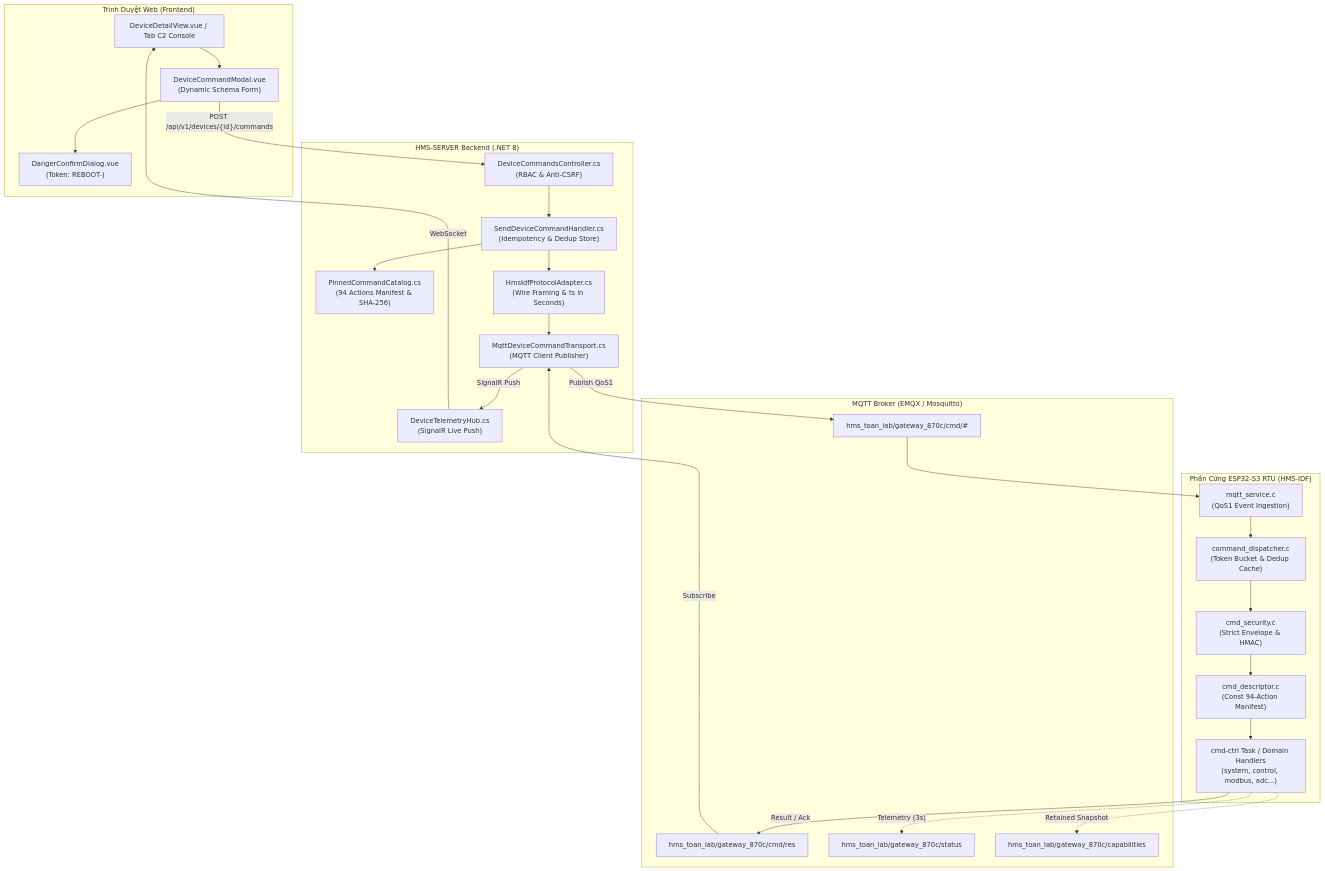
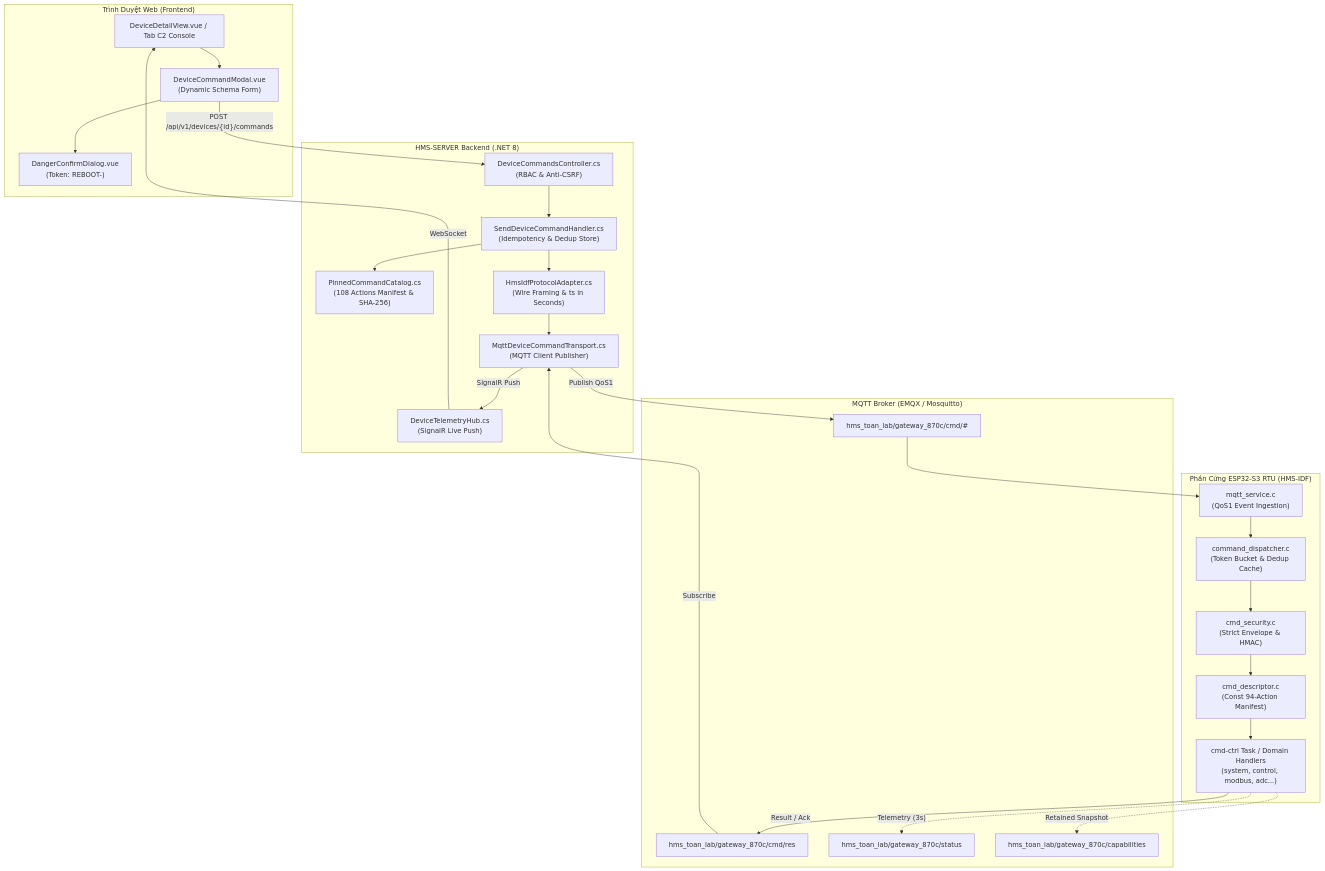
One commit to devfake9x/HMS-SERVER changed the diagram in docs/architecture-device-mqtt-api-catalog.md. Above: the diagram before and after it, drawn with Mermaid. The commit also changed other lines of this file and 21 other files, not shown here.

Commit message:
docs: catalog sync plan, reviews, local stale-tab verification and architecture notes

````diff
--- a/docs/architecture-device-mqtt-api-catalog.md
+++ b/docs/architecture-device-mqtt-api-catalog.md
@@ -15,54 +15,54 @@
 ```mermaid
 flowchart TD
     subgraph Browser["Trình Duyệt Web (Frontend)"]
         UI["DeviceDetailView.vue / Tab C2 Console"]
         Modal["DeviceCommandModal.vue\n(Dynamic Schema Form)"]
         Confirm["DangerConfirmDialog.vue\n(Token: REBOOT-<DEVID>)"]
     end
 
     subgraph Backend["HMS-SERVER Backend (.NET 8)"]
         Ctrl["DeviceCommandsController.cs\n(RBAC & Anti-CSRF)"]
         Handler["SendDeviceCommandHandler.cs\n(Idempotency & Dedup Store)"]
-        Catalog["PinnedCommandCatalog.cs\n(94 Actions Manifest & SHA-256)"]
+        Catalog["PinnedCommandCatalog.cs\n(108 Actions Manifest & SHA-256)"]
         Adapter["HmsIdfProtocolAdapter.cs\n(Wire Framing & ts in Seconds)"]
         Transport["MqttDeviceCommandTransport.cs\n(MQTT Client Publisher)"]
         SigR["DeviceTelemetryHub.cs\n(SignalR Live Push)"]
     end
 
     subgraph Broker["MQTT Broker (EMQX / Mosquitto)"]
         TopicCmd["hms_toan_lab/gateway_870c/cmd/#"]
         TopicRes["hms_toan_lab/gateway_870c/cmd/res"]
         TopicStatus["hms_toan_lab/gateway_870c/status"]
         TopicCaps["hms_toan_lab/gateway_870c/capabilities"]
     end
 
     subgraph Hardware["Phần Cứng ESP32-S3 RTU (HMS-IDF)"]
         MqttSvc["mqtt_service.c\n(QoS1 Event Ingestion)"]
         Dispatcher["command_dispatcher.c\n(Token Bucket & Dedup Cache)"]
         Sec["cmd_security.c\n(Strict Envelope & HMAC)"]
         Manifest["cmd_descriptor.c\n(Const 94-Action Manifest)"]
         Workers["cmd-ctrl Task / Domain Handlers\n(system, control, modbus, adc...)"]
     end
 
     UI --> Modal
     Modal --> Confirm
     Modal -- "POST /api/v1/devices/{id}/commands" --> Ctrl
     Ctrl --> Handler
     Handler --> Catalog
     Handler --> Adapter
     Adapter --> Transport
     Transport -- "Publish QoS1" --> TopicCmd
     TopicCmd --> MqttSvc
     MqttSvc --> Dispatcher
     Dispatcher --> Sec
     Sec --> Manifest
     Manifest --> Workers
 
     Workers -- "Result / Ack" --> TopicRes
     TopicRes -- "Subscribe" --> Transport
     Transport -- "SignalR Push" --> SigR
     SigR -- "WebSocket" --> UI
     
     Workers -. "Telemetry (3s)" .-> TopicStatus
     Workers -. "Retained Snapshot" .-> TopicCaps
 ```
````
